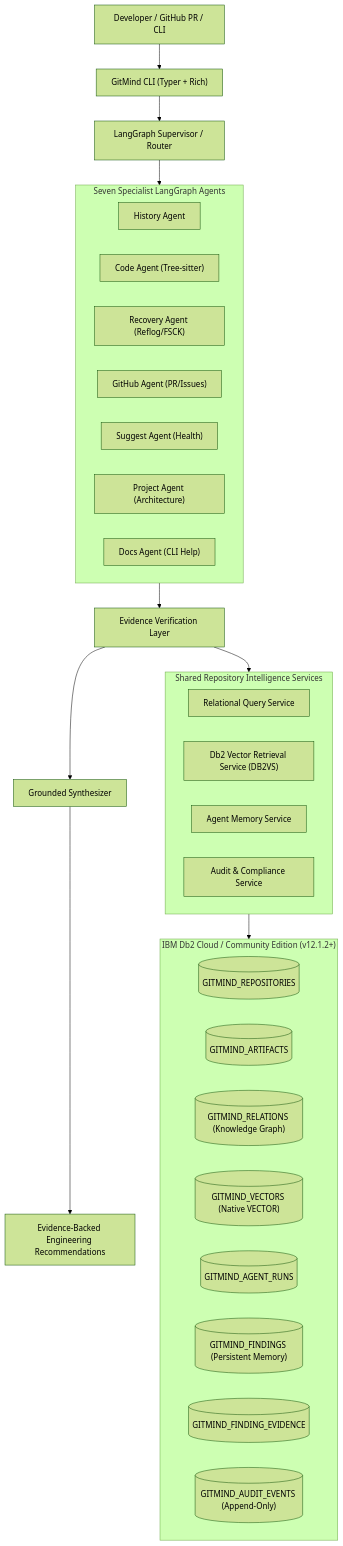
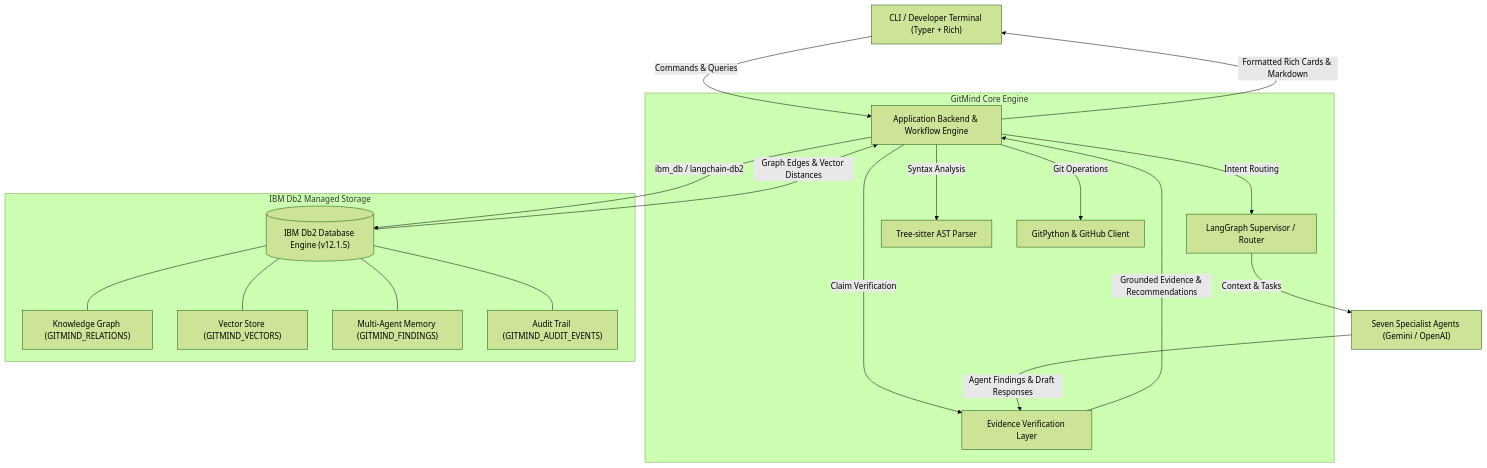
The diagram in architecture.md (vastavikadi/gitmind-va), drawn with Mermaid (forest theme) before and after one commit. The commit also changed other lines of this file and 3 other files, not shown here.

Commit message:
add: architecture.md & screenshots

````diff
--- a/architecture.md
+++ b/architecture.md
@@ -7,42 +16,27 @@
 ```mermaid
-flowchart TD
-    Dev["Developer / GitHub PR / CLI"] --> CLI["GitMind CLI (Typer + Rich)"]
-    CLI --> Router["LangGraph Supervisor / Router"]
+graph TD
+    Client["CLI / Developer Terminal (Typer + Rich)"] -->|Commands & Queries| API["Application Backend & Workflow Engine"]
     
-    subgraph SpecialistAgents ["Seven Specialist LangGraph Agents"]
-        HA["History Agent"]
-        CA["Code Agent (Tree-sitter)"]
-        RA["Recovery Agent (Reflog/FSCK)"]
-        GA["GitHub Agent (PR/Issues)"]
-        SA["Suggest Agent (Health)"]
-        PA["Project Agent (Architecture)"]
-        DA["Docs Agent (CLI Help)"]
+    subgraph Engine ["GitMind Core Engine"]
+        API -->|Intent Routing| Router["LangGraph Supervisor / Router"]
+        API -->|Syntax Analysis| AST["Tree-sitter AST Parser"]
+        API -->|Git Operations| Git["GitPython & GitHub Client"]
+        API -->|Claim Verification| Verifier["Evidence Verification Layer"]
+    end
+
+    Router -->|Context & Tasks| AI["Seven Specialist Agents (Gemini / OpenAI)"]
+    AI -->|Agent Findings & Draft Responses| Verifier
+    
+    API -->|ibm_db / langchain-db2| Db2[("IBM Db2 Database Engine (v12.1.5)")]
+    
+    subgraph Db2Storage ["IBM Db2 Managed Storage"]
+        Db2 --- T1["Knowledge Graph (GITMIND_RELATIONS)"]
+        Db2 --- T2["Vector Store (GITMIND_VECTORS)"]
+        Db2 --- T3["Multi-Agent Memory (GITMIND_FINDINGS)"]
+        Db2 --- T4["Audit Trail (GITMIND_AUDIT_EVENTS)"]
     end
     
-    Router --> SpecialistAgents
-    SpecialistAgents --> EvidenceLayer["Evidence Verification Layer"]
-    
-    subgraph Db2Services ["Shared Repository Intelligence Services"]
-        RQS["Relational Query Service"]
-        VRS["Db2 Vector Retrieval Service (DB2VS)"]
-        AMS["Agent Memory Service"]
-        AUS["Audit & Compliance Service"]
-    end
-    
-    EvidenceLayer --> Db2Services
-    
-    subgraph IBM_Db2 ["IBM Db2 Cloud / Community Edition (v12.1.2+)"]
-        R_REPO[("GITMIND_REPOSITORIES")]
-        R_ART[("GITMIND_ARTIFACTS")]
-        R_REL[("GITMIND_RELATIONS (Knowledge Graph)")]
-        R_VEC[("GITMIND_VECTORS (Native VECTOR)")]
-        R_RUNS[("GITMIND_AGENT_RUNS")]
-        R_FIND[("GITMIND_FINDINGS (Persistent Memory)")]
-        R_EVID[("GITMIND_FINDING_EVIDENCE")]
-        R_AUD[("GITMIND_AUDIT_EVENTS (Append-Only)")]
-    end
-    
-    Db2Services --> IBM_Db2
-    EvidenceLayer --> Synthesizer["Grounded Synthesizer"]
-    Synthesizer --> FinalResponse["Evidence-Backed Engineering Recommendations"]
+    Db2 -->|Graph Edges & Vector Distances| API
+    Verifier -->|Grounded Evidence & Recommendations| API
+    API -->|Formatted Rich Cards & Markdown| Client
 ```
````
